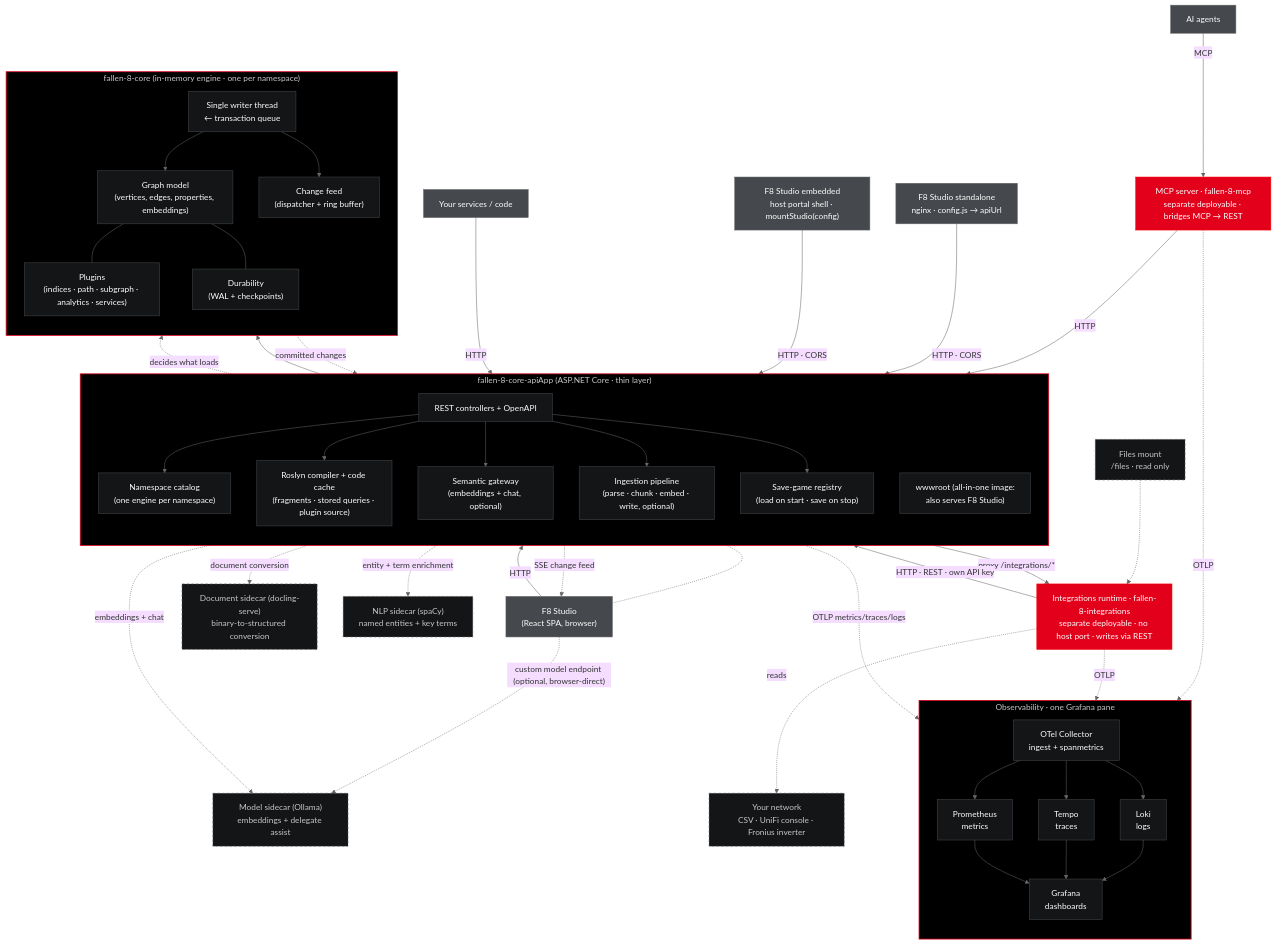
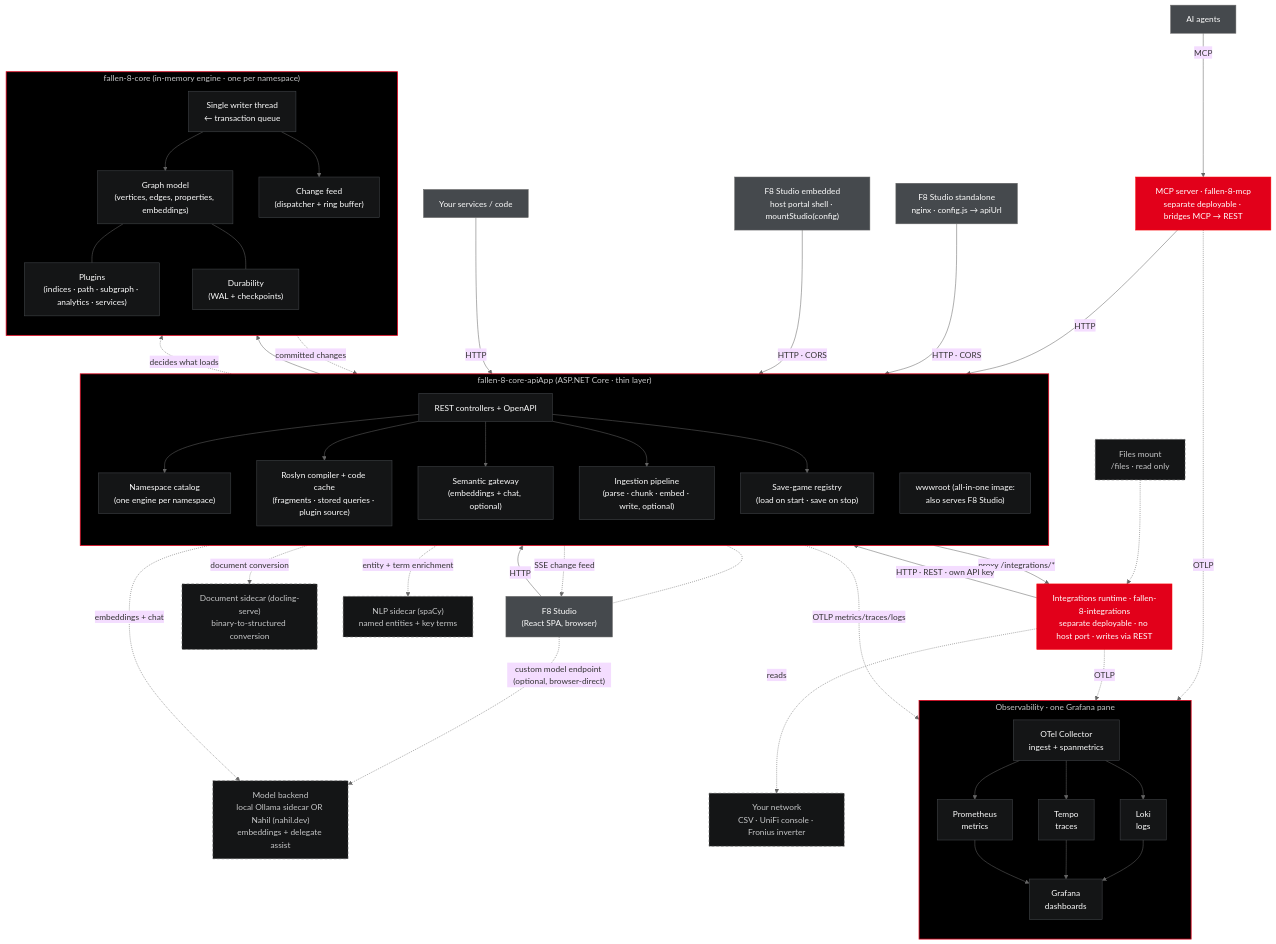
One commit to cosh/fallen-8-core changed the diagram in docs/src/content/docs/architecture.md. Above: the diagram before and after it, drawn with Mermaid. The commit also changed other lines of this file and 47 other files, not shown here.

```diff
--- a/docs/src/content/docs/architecture.md
+++ b/docs/src/content/docs/architecture.md
@@ -41,7 +41,7 @@
         durab["Durability<br/>(WAL + checkpoints)"]:::sys
         feed["Change feed<br/>(dispatcher + ring buffer)"]:::sys
     end
-    sidecar["Model sidecar (Ollama)<br/>embeddings + delegate assist"]:::ext
+    sidecar["Model backend<br/>local Ollama sidecar OR Nahil (nahil.dev)<br/>embeddings + delegate assist"]:::ext
     docling["Document sidecar (docling-serve)<br/>binary-to-structured conversion"]:::ext
     nlp["NLP sidecar (spaCy)<br/>named entities + key terms"]:::ext
     integrations["Integrations runtime · fallen-8-integrations<br/>separate deployable · no host port · writes via REST"]:::mcp
```
